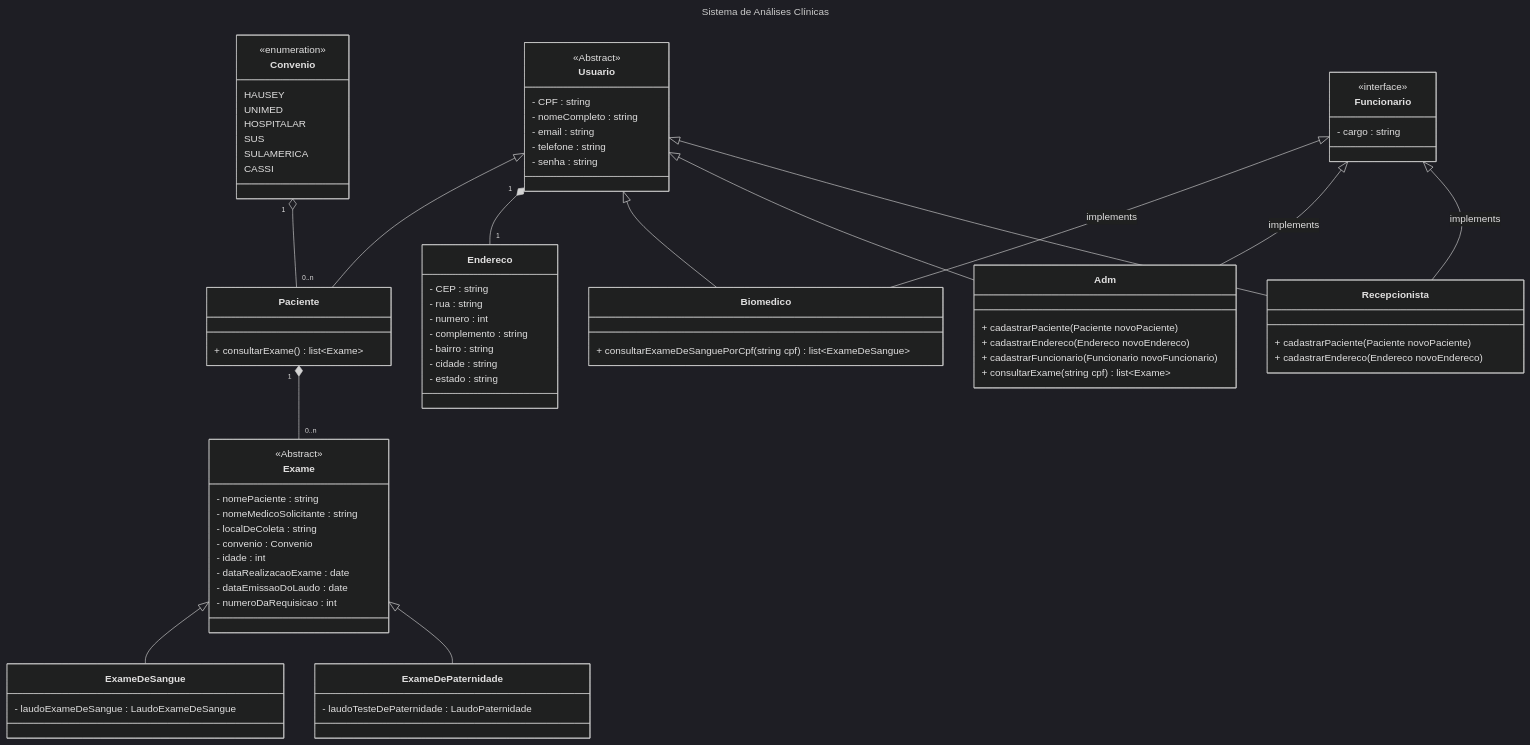
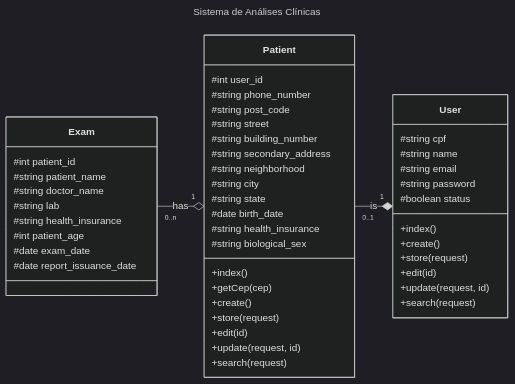
One commit to UniFil-NPI/ProjetoAnalisesClinicas changed the diagram in docs/diagrama_de_classes.md. Above: the diagram before and after it, drawn with Mermaid (dark theme). The commit also changed 5 other files, not shown here.

Commit message:
Atualizando os diagramas.

````diff
--- a/docs/diagrama_de_classes.md
+++ b/docs/diagrama_de_classes.md
@@ -5,100 +5,60 @@
 title: Sistema de Análises Clínicas
 ---
 classDiagram
-    Usuario <|-- Paciente
-    Convenio "1" o-- "0..n" Paciente
-    Paciente "1" *-- "0..n" Exame
-    Usuario "1" *-- "1" Endereco
-    Usuario <|-- Biomedico
-    Funcionario <|-- Biomedico : implements
-    Usuario <|-- Adm
-    Funcionario <|-- Adm : implements
-    Usuario <|-- Recepcionista
-    Funcionario <|-- Recepcionista : implements
-    Exame <|-- ExameDeSangue
-    Exame <|-- ExameDePaternidade
 
-    class Usuario {
-        <<Abstract>>
-        
-        - CPF : string
-        - nomeCompleto : string
-        - email : string
-        - telefone : string
-        - senha : string
+direction RL
 
-    }
+User "1" *-- "0..1" Patient : is
 
-    class Paciente { 
-        + consultarExame() list~Exame~
-    }
+class User {
+    #string cpf 
+    #string name
+    #string email
+    #string password
+    #boolean status
+    +index()
+    +create()
+    +store(request)
+    +edit(id)
+    +update(request, id)
+    +search(request)
+}
 
-    class Funcionario {
-        <<interface>>
+Patient "1" o-- "0..n" Exam : has
 
-        - cargo : string
-    }
+class Patient{
+    #int user_id
+    #string phone_number
+    #string post_code
+    #string street
+    #string building_number
+    #string secondary_address
+    #string neighborhood
+    #string city
+    #string state
+    #date birth_date
+    #string health_insurance
+    #string biological_sex
+    +index()
+    +getCep(cep)
+    +create()
+    +store(request)
+    +edit(id)
+    +update(request, id)
+    +search(request)
+}
 
-    class Biomedico {
-        + consultarExameDeSanguePorCpf(string cpf) list~ExameDeSangue~
+class Exam {
+    #int patient_id
+    #string patient_name
+    #string doctor_name
+    #string lab
+    #string health_insurance
+    #int patient_age
+    #date exam_date
+    #date report_issuance_date
 
-    }
-
-    class Recepcionista {
-        + cadastrarPaciente(Paciente novoPaciente)
-        + cadastrarEndereco(Endereco novoEndereco)
-    }
-
-    class Adm {
-        + cadastrarPaciente(Paciente novoPaciente)
-        + cadastrarEndereco(Endereco novoEndereco)
-        + cadastrarFuncionario(Funcionario novoFuncionario)
-        + consultarExame(string cpf) list~Exame~
-
-    }
-
-    class Endereco {
-        - CEP : string
-        - rua : string
-        - numero : int
-        - complemento : string
-        - bairro : string
-        - cidade : string
-        - estado : string
-
-    }
-
-    class Convenio {
-        <<enumeration>>
-        
-        HAUSEY
-        UNIMED
-        HOSPITALAR
-        SUS
-        SULAMERICA
-        CASSI
-    }
-
-    class Exame {
-        <<Abstract>>
-
-        - nomePaciente : string
-        - nomeMedicoSolicitante : string
-        - localDeColeta : string
-        - convenio : Convenio
-        - idade : int
-        - dataRealizacaoExame : date
-        - dataEmissaoDoLaudo : date
-        - numeroDaRequisicao : int
-    }
-
-    class ExameDeSangue {
-        - laudoExameDeSangue : LaudoExameDeSangue
-    }
-
-    class ExameDePaternidade {
-        - laudoTesteDePaternidade : LaudoPaternidade
-    }
+}
 
 
 ```
````
